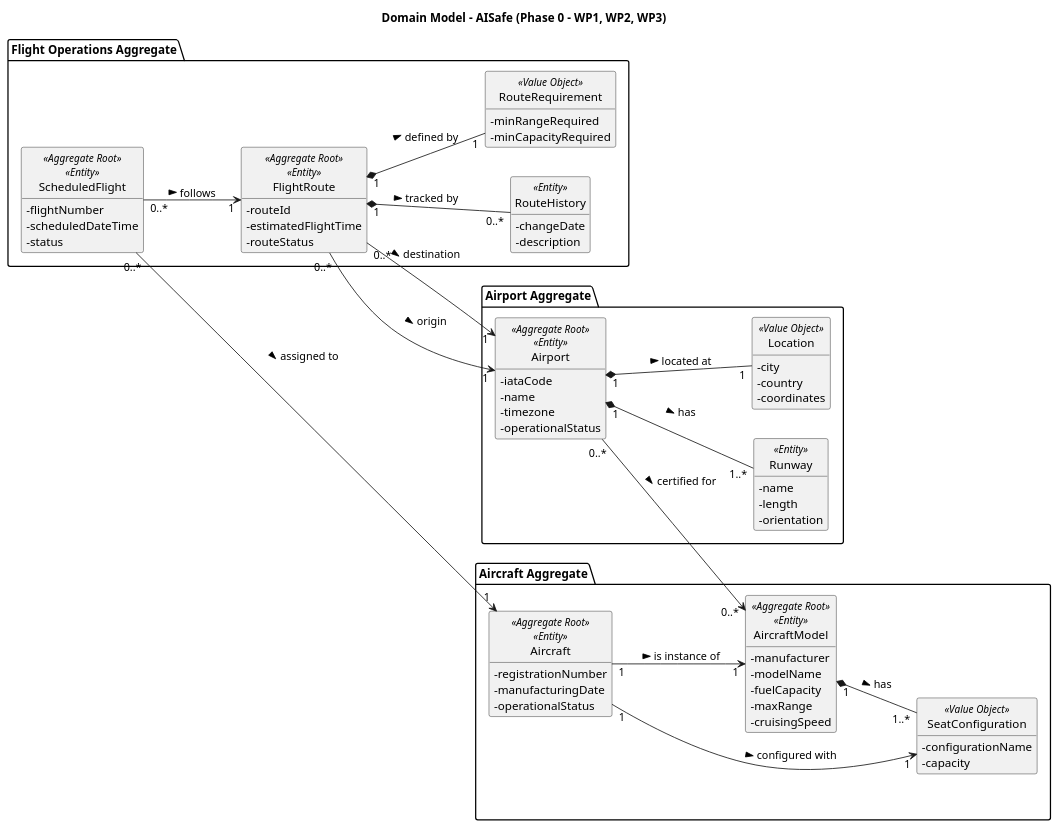
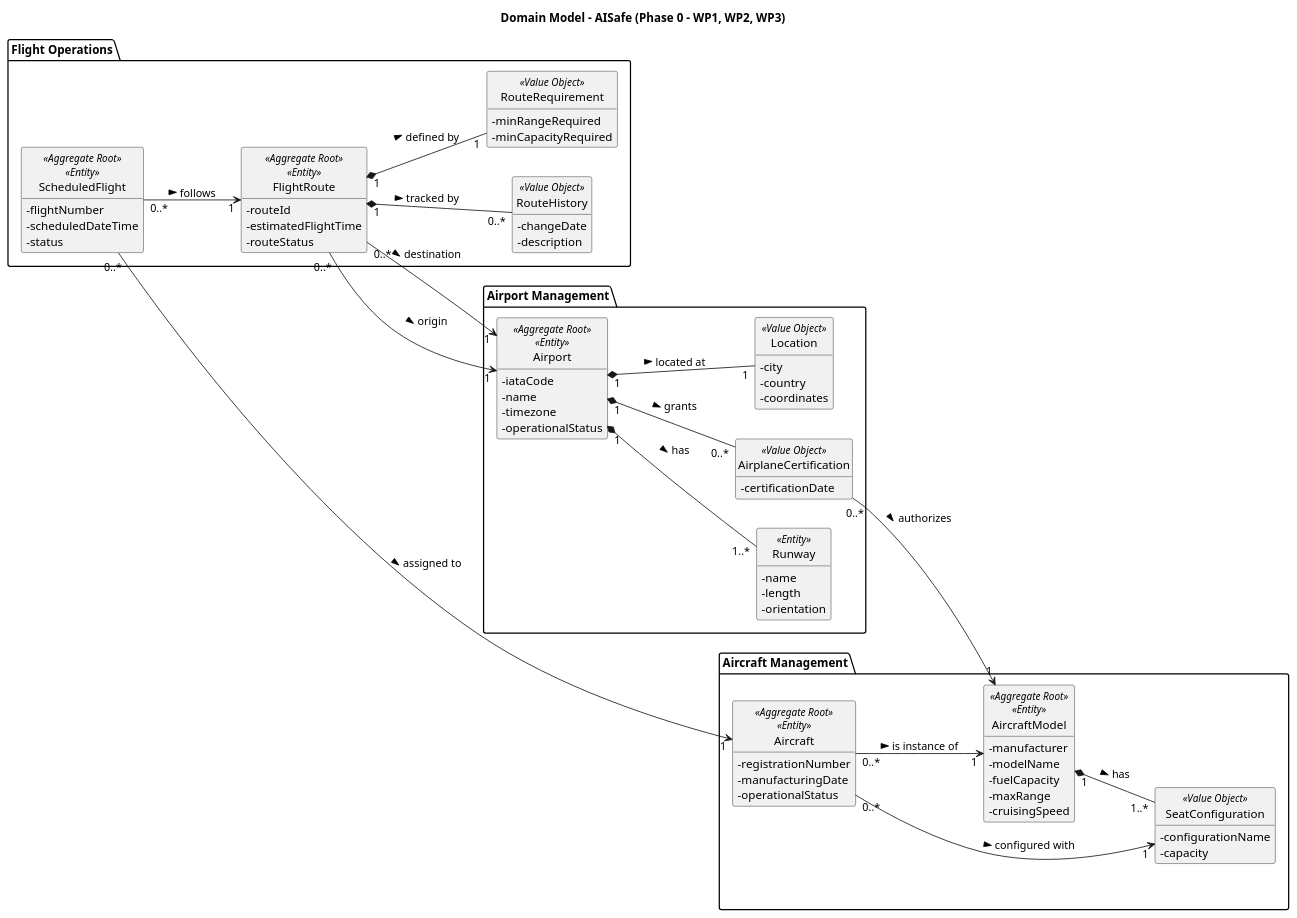
One commit to Andre-1240567/psoft2026_2DB_1240567_1241013_1240624 changed the diagram in docs/system-documentation/global-artifacts/puml/DM.puml. Above: the diagram before and after it, drawn with PlantUML.

Commit message:
docs: Domain model corrections

```diff
--- a/docs/system-documentation/global-artifacts/puml/DM.puml
+++ b/docs/system-documentation/global-artifacts/puml/DM.puml
@@ -1,97 +1,102 @@
 @startuml DM
 title Domain Model - AISafe (Phase 0 - WP1, WP2, WP3)
 
 skinparam classAttributeIconSize 0
 hide circle
 hide methods
 
 left to right direction
 
-' --- AIRCRAFT AGGREGATE ---
-package "Aircraft Aggregate" {
+' --- MODULE: AIRCRAFT MANAGEMENT (WP1) ---
+package "Aircraft Management" {
     class AircraftModel <<Aggregate Root>> <<Entity>> {
         - manufacturer
         - modelName
         - fuelCapacity
         - maxRange
         - cruisingSpeed
     }
 
     class SeatConfiguration <<Value Object>> {
         - configurationName
         - capacity
     }
 
     class Aircraft <<Aggregate Root>> <<Entity>> {
         - registrationNumber
         - manufacturingDate
         - operationalStatus
     }
 
     AircraftModel "1" *-- "1..*" SeatConfiguration : has >
-    Aircraft "1" --> "1" AircraftModel : is instance of >
-    Aircraft "1" --> "1" SeatConfiguration : configured with >
+    Aircraft "0..*" --> "1" AircraftModel : is instance of >
+    Aircraft "0..*" --> "1" SeatConfiguration : configured with >
 }
 
-' --- AIRPORT AGGREGATE ---
-package "Airport Aggregate" {
+' --- MODULE: AIRPORT MANAGEMENT (WP2) ---
+package "Airport Management" {
     class Airport <<Aggregate Root>> <<Entity>> {
         - iataCode
         - name
         - timezone
         - operationalStatus
     }
 
     class Location <<Value Object>> {
         - city
         - country
         - coordinates
     }
 
     class Runway <<Entity>> {
         - name
         - length
         - orientation
     }
 
+    class AirplaneCertification <<Value Object>> {
+        - certificationDate
+    }
+
     Airport "1" *-- "1" Location : located at >
     Airport "1" *-- "1..*" Runway : has >
+    Airport "1" *-- "0..*" AirplaneCertification : grants >
+    AirplaneCertification "0..*" --> "1" AircraftModel : authorizes >
 }
 
-' --- FLIGHT OPERATIONS AGGREGATE ---
-package "Flight Operations Aggregate" {
+' --- MODULE: FLIGHT OPERATIONS (WP3) ---
+package "Flight Operations" {
     class FlightRoute <<Aggregate Root>> <<Entity>> {
         - routeId
         - estimatedFlightTime
         - routeStatus
     }
 
     class RouteRequirement <<Value Object>> {
         - minRangeRequired
         - minCapacityRequired
     }
 
-    class RouteHistory <<Entity>> {
+    class RouteHistory <<Value Object>> {
         - changeDate
         - description
     }
 
     class ScheduledFlight <<Aggregate Root>> <<Entity>> {
         - flightNumber
         - scheduledDateTime
         - status
     }
 
     FlightRoute "1" *-- "1" RouteRequirement : defined by >
     FlightRoute "1" *-- "0..*" RouteHistory : tracked by >
 
     ScheduledFlight "0..*" --> "1" FlightRoute : follows >
     ScheduledFlight "0..*" --> "1" Aircraft : assigned to >
 }
 
-' --- EXTERNAL AGGREGATE RELATIONS ---
-Airport "0..*" --> "0..*" AircraftModel : certified for >
+' --- EXTERNAL RELATIONS ---
 FlightRoute "0..*" --> "1" Airport : origin >
 FlightRoute "0..*" --> "1" Airport : destination >
 
 @enduml
```
